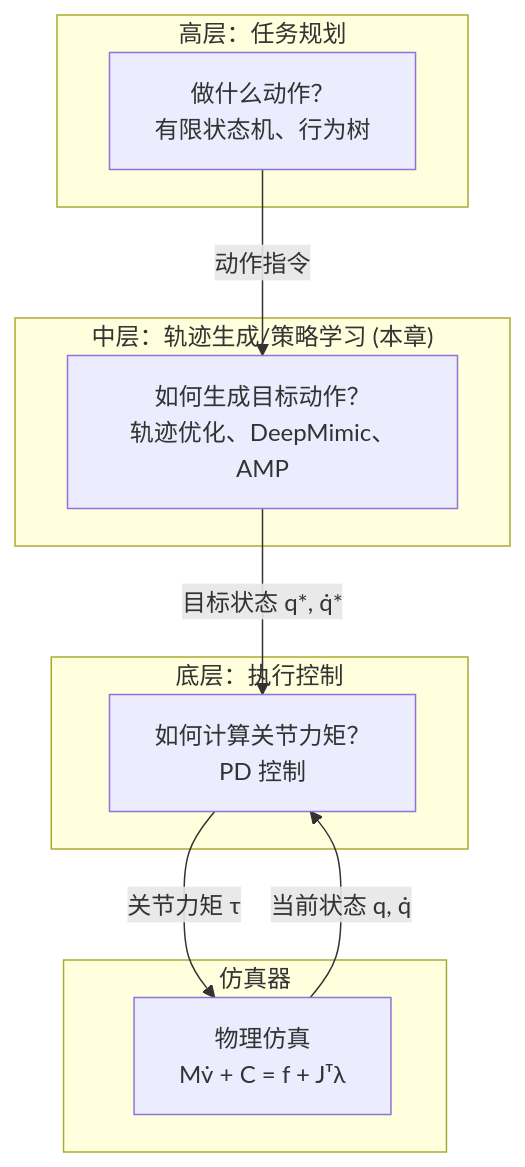
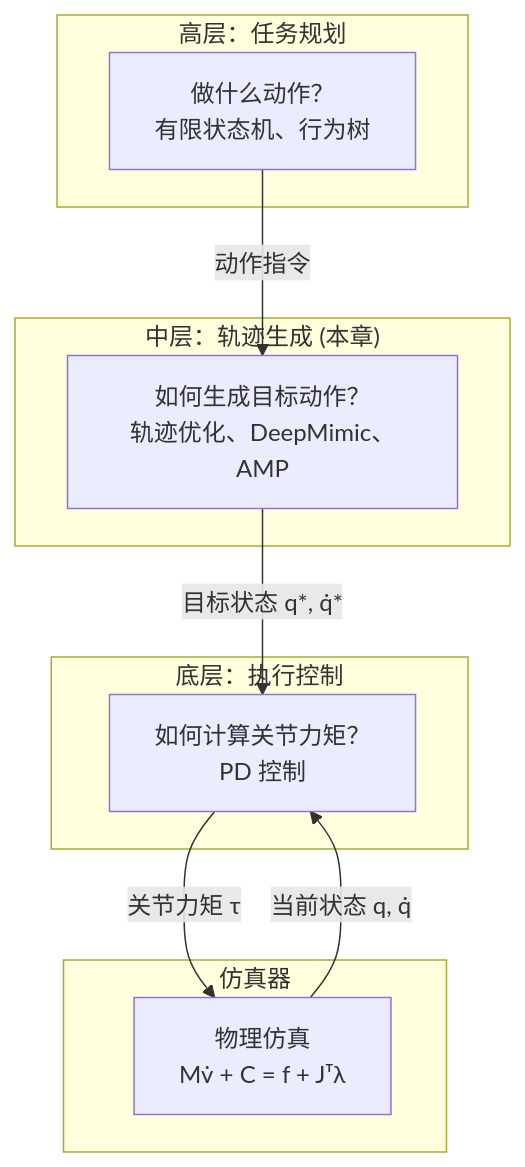
One commit to CaterpillarStudyGroup/GAMES105_mdbook changed the first of 2 diagrams in src/Tracking/Tracking.md. Above: the diagram before and after it, drawn with Mermaid. The commit also changed other lines of this file, not shown here.

````diff
--- a/src/Tracking/Tracking.md
+++ b/src/Tracking/Tracking.md
@@ -9,23 +9,23 @@
 ```mermaid
 flowchart TD
     subgraph "高层：任务规划"
         A["做什么动作？<br/>有限状态机、行为树"]
     end
 
-    subgraph "中层：轨迹生成/策略学习 (本章)"
+    subgraph "中层：轨迹生成 (本章)"
         B["如何生成目标动作？<br/>轨迹优化、DeepMimic、AMP"]
     end
 
     subgraph "底层：执行控制"
         C["如何计算关节力矩？<br/>PD 控制"]
     end
 
     subgraph "仿真器"
         D["物理仿真<br/>Mv̇ + C = f + Jᵀλ"]
     end
 
     A -->|动作指令 | B
     B -->|目标状态 q*, q̇* | C
     C -->|关节力矩 τ | D
     D -->|当前状态 q, q̇ | C
 ```
````
